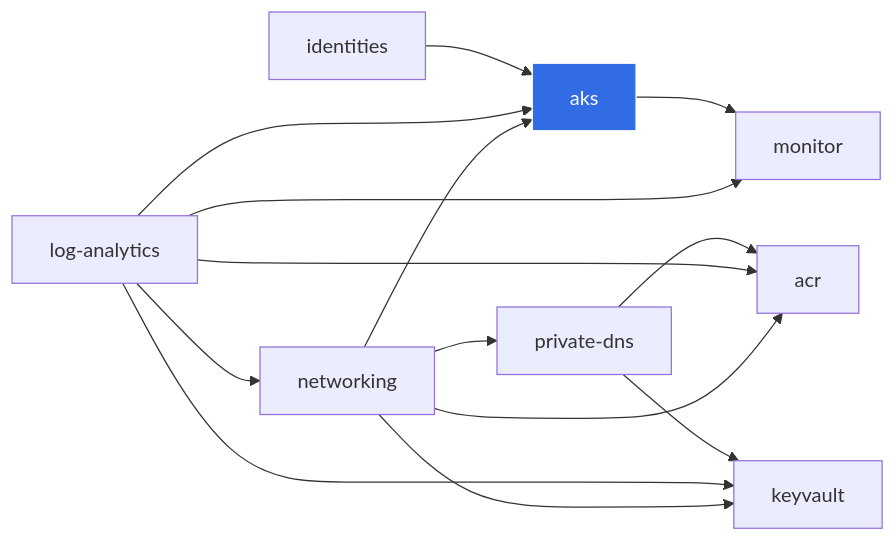
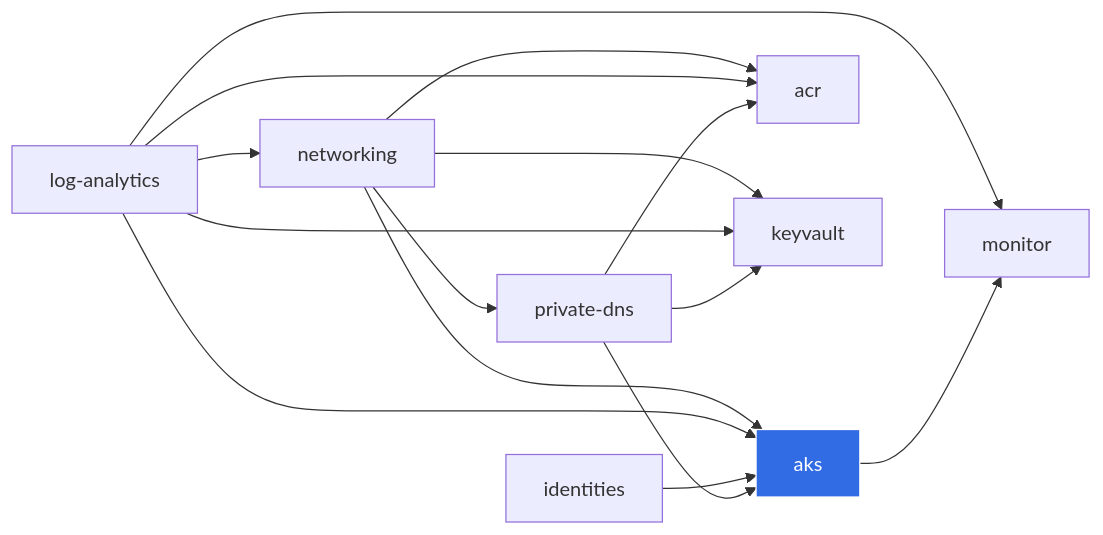
One commit to fyls237/plateform-aks-standards-entreprise changed the second of 2 diagrams in docs/architecture.md. Above: the diagram before and after it, drawn with Mermaid. The commit also changed other lines of this file and 8 other files, not shown here.

````diff
--- a/docs/architecture.md
+++ b/docs/architecture.md
@@ -110,18 +113,19 @@
 ```mermaid
 graph LR
     NET["networking"] --> AKS["aks"]
     NET --> ACR["acr"]
     NET --> KV["keyvault"]
     LOG["log-analytics"] --> AKS
     LOG --> ACR
     LOG --> KV
     LOG --> MON["monitor"]
     LOG --> NET
     ID["identities"] --> AKS
     DNS["private-dns"] --> ACR
     DNS --> KV
+    DNS --> AKS
     NET --> DNS
     AKS --> MON
 
     style AKS fill:#326CE5,stroke:#fff,color:#fff
 ```
````
